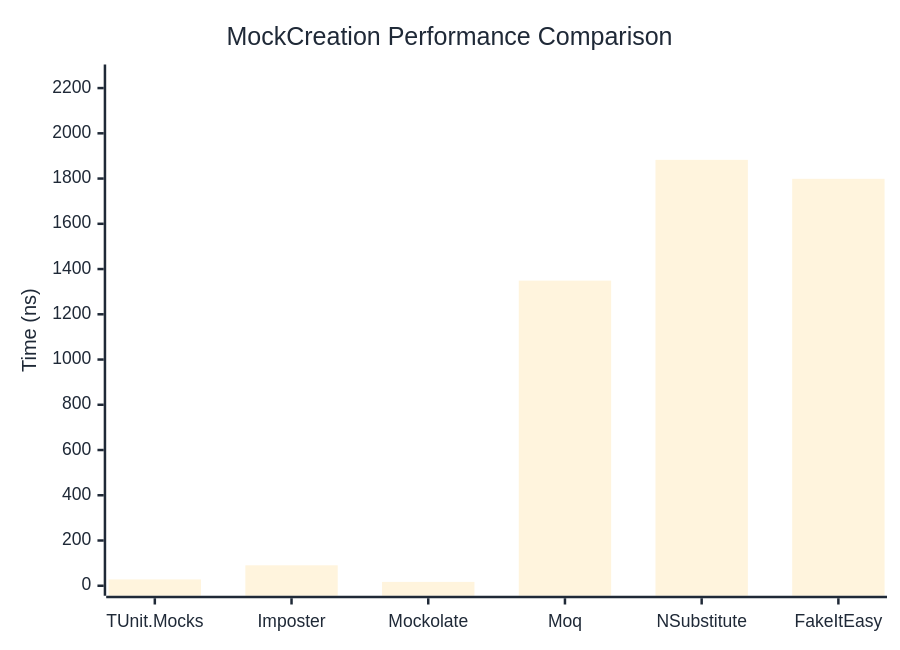
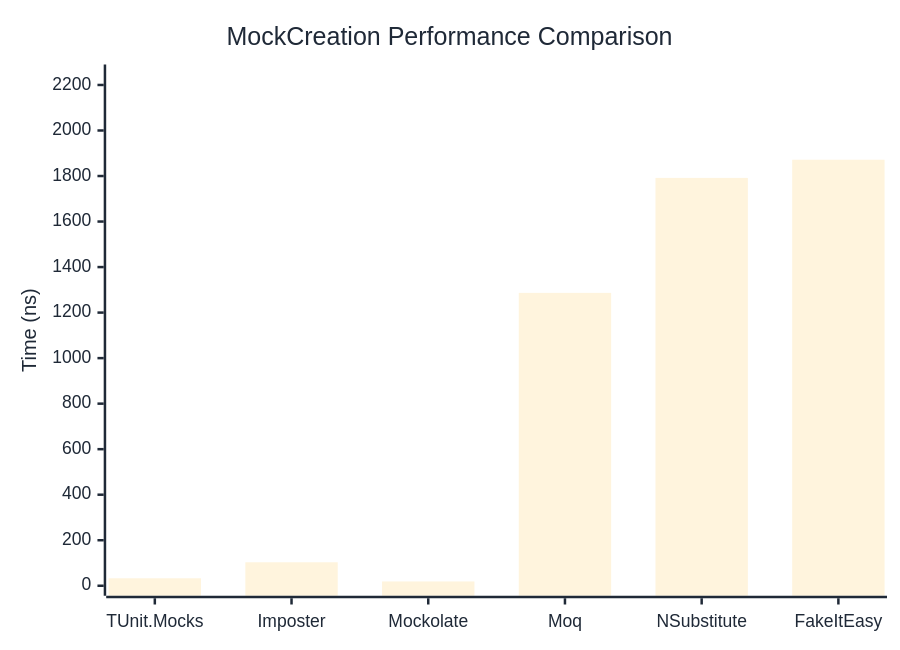
The first of 2 diagrams in docs/docs/benchmarks/mocks/MockCreation.md (thomhurst/TUnit), drawn with Mermaid before and after one commit. The commit also changed other lines of this file and 14 other files, not shown here.

````diff
--- a/docs/docs/benchmarks/mocks/MockCreation.md
+++ b/docs/docs/benchmarks/mocks/MockCreation.md
@@ -30,27 +30,27 @@
 ```mermaid
 %%{init: {
   'theme':'base',
   'themeVariables': {
     'primaryColor': '#2563eb',
     'primaryTextColor': '#1f2937',
     'primaryBorderColor': '#1e40af',
     'lineColor': '#6b7280',
     'secondaryColor': '#7c3aed',
     'tertiaryColor': '#dc2626',
     'background': '#ffffff',
     'pie1': '#2563eb',
     'pie2': '#7c3aed',
     'pie3': '#dc2626',
     'pie4': '#f59e0b',
     'pie5': '#10b981',
     'pie6': '#06b6d4',
     'pie7': '#ec4899',
     'pie8': '#6366f1'
   }
 }}%%
 xychart-beta
   title "MockCreation Performance Comparison"
   x-axis ["TUnit.Mocks", "Imposter", "Mockolate", "Moq", "NSubstitute", "FakeItEasy"]
-  y-axis "Time (ns)" 0 --> 2260
-  bar [27.97, 90.33, 16.96, 1348.85, 1882.69, 1798.86]
+  y-axis "Time (ns)" 0 --> 2246
+  bar [32.87, 103.16, 18.85, 1286.59, 1791.7, 1871.52]
 ```
````
